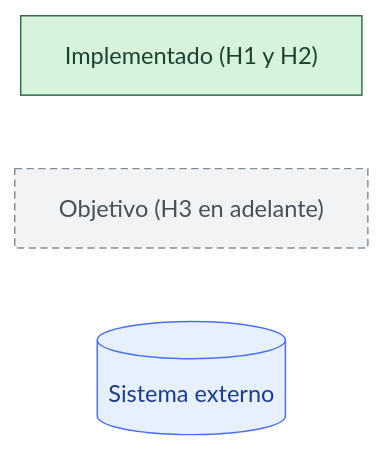
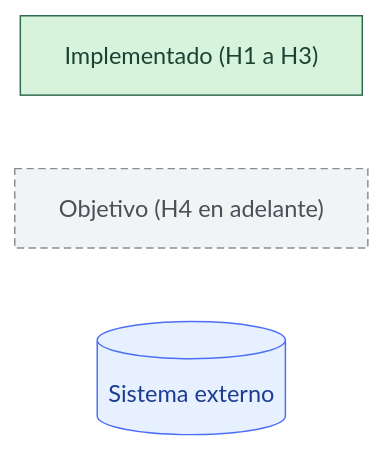
The first of 11 diagrams in README.md (lautaromoreyraa/spherex-blink), drawn with Mermaid before and after one commit. The commit also changed other lines of this file and 1 other file, not shown here.

````diff
--- a/README.md
+++ b/README.md
@@ -28,10 +30,10 @@
 ```mermaid
 flowchart LR
-    H["Implementado (H1 y H2)"]:::hecho
-    O["Objetivo (H3 en adelante)"]:::objetivo
+    H["Implementado (H1 a H3)"]:::hecho
+    O["Objetivo (H4 en adelante)"]:::objetivo
     E[("Sistema externo")]:::externo
 
     classDef hecho fill:#d8f3dc,stroke:#2d6a4f,color:#1b4332
     classDef objetivo fill:#f1f3f5,stroke:#868e96,stroke-dasharray:5 3,color:#495057
     classDef externo fill:#e7f0ff,stroke:#4c6ef5,color:#1c3d8f
 ```
````
